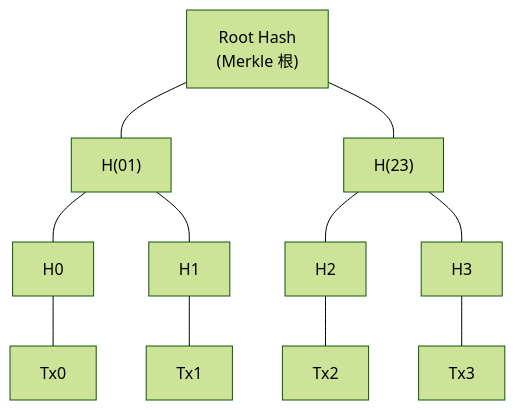
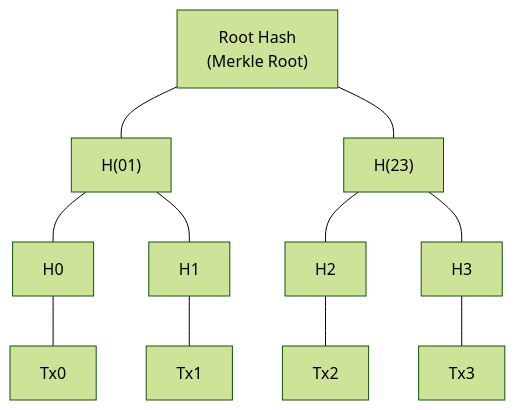
The first of 3 diagrams in docs/cryptography/merkle.mdx (stars-labs/cryptograph-onboarding-trainning), drawn with Mermaid (forest theme) before and after one commit. The commit also changed other lines of this file and 15 other files, not shown here.

````diff
--- a/docs/cryptography/merkle.mdx
+++ b/docs/cryptography/merkle.mdx
@@ -52,25 +52,25 @@
 ```mermaid
 flowchart TD
-    ROOT["Root Hash<br/>(Merkle 根)"]
+    ROOT["Root Hash<br/>(Merkle Root)"]
     H01["H(01)"]
     H23["H(23)"]
     H0["H0"]
     H1["H1"]
     H2["H2"]
     H3["H3"]
     TX0["Tx0"]
     TX1["Tx1"]
     TX2["Tx2"]
     TX3["Tx3"]
     
     ROOT --- H01
     ROOT --- H23
     H01 --- H0
     H01 --- H1
     H23 --- H2
     H23 --- H3
     H0 --- TX0
     H1 --- TX1
     H2 --- TX2
     H3 --- TX3
 ```
````
